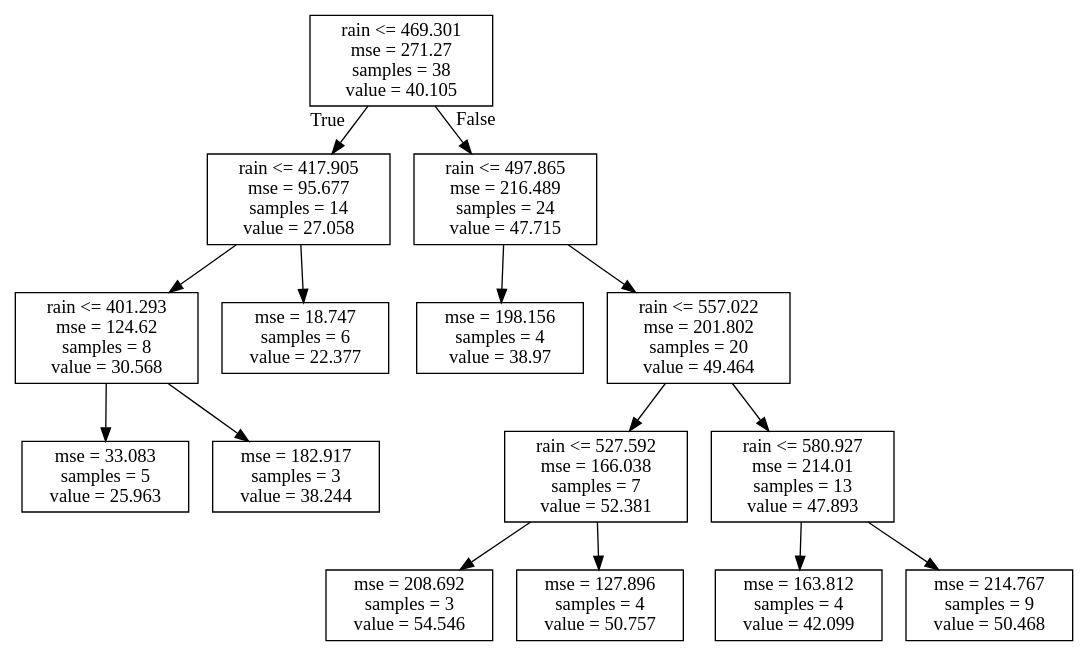
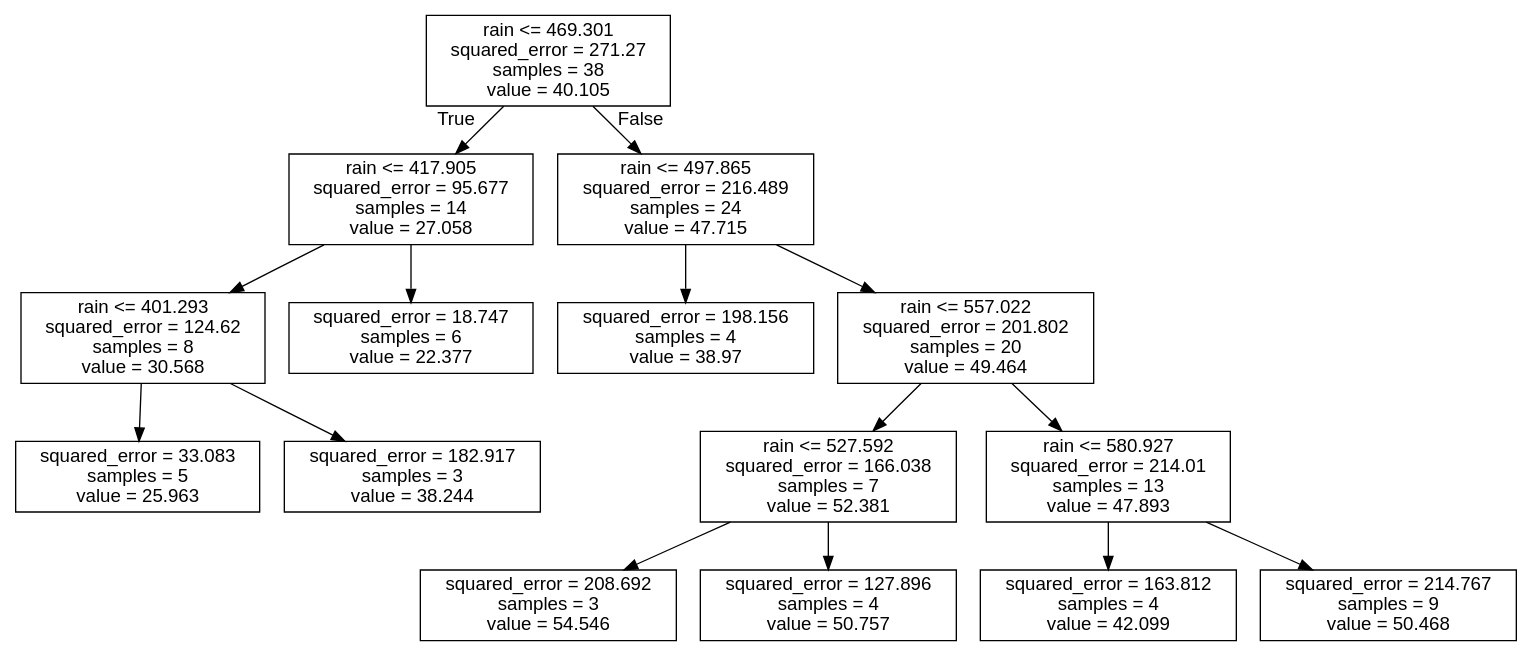
One commit to NIVANorge/seasonal_forecasting_watexr changed the diagram in Norway_Morsa/BayesianNetwork/Figures/Discretization_regTrees/Pairwise/DotFiles/metno_6Mseasons_colour-rain.dot. Above: the diagram before and after it, drawn with Graphviz. The commit also changed 113 other files, not shown here.

```diff
--- a/Norway_Morsa/BayesianNetwork/Figures/Discretization_regTrees/Pairwise/DotFiles/metno_6Mseasons_colour-rain.dot
+++ b/Norway_Morsa/BayesianNetwork/Figures/Discretization_regTrees/Pairwise/DotFiles/metno_6Mseasons_colour-rain.dot
@@ -1,32 +1,33 @@
 digraph Tree {
-node [shape=box] ;
-0 [label="rain <= 469.301\nmse = 271.27\nsamples = 38\nvalue = 40.105"] ;
-1 [label="rain <= 417.905\nmse = 95.677\nsamples = 14\nvalue = 27.058"] ;
+node [shape=box, fontname="helvetica"] ;
+edge [fontname="helvetica"] ;
+0 [label="rain <= 469.301\nsquared_error = 271.27\nsamples = 38\nvalue = 40.105"] ;
+1 [label="rain <= 417.905\nsquared_error = 95.677\nsamples = 14\nvalue = 27.058"] ;
 0 -> 1 [labeldistance=2.5, labelangle=45, headlabel="True"] ;
-5 [label="rain <= 401.293\nmse = 124.62\nsamples = 8\nvalue = 30.568"] ;
+5 [label="rain <= 401.293\nsquared_error = 124.62\nsamples = 8\nvalue = 30.568"] ;
 1 -> 5 ;
-7 [label="mse = 33.083\nsamples = 5\nvalue = 25.963"] ;
+7 [label="squared_error = 33.083\nsamples = 5\nvalue = 25.963"] ;
 5 -> 7 ;
-8 [label="mse = 182.917\nsamples = 3\nvalue = 38.244"] ;
+8 [label="squared_error = 182.917\nsamples = 3\nvalue = 38.244"] ;
 5 -> 8 ;
-6 [label="mse = 18.747\nsamples = 6\nvalue = 22.377"] ;
+6 [label="squared_error = 18.747\nsamples = 6\nvalue = 22.377"] ;
 1 -> 6 ;
-2 [label="rain <= 497.865\nmse = 216.489\nsamples = 24\nvalue = 47.715"] ;
+2 [label="rain <= 497.865\nsquared_error = 216.489\nsamples = 24\nvalue = 47.715"] ;
 0 -> 2 [labeldistance=2.5, labelangle=-45, headlabel="False"] ;
-3 [label="mse = 198.156\nsamples = 4\nvalue = 38.97"] ;
+3 [label="squared_error = 198.156\nsamples = 4\nvalue = 38.97"] ;
 2 -> 3 ;
-4 [label="rain <= 557.022\nmse = 201.802\nsamples = 20\nvalue = 49.464"] ;
+4 [label="rain <= 557.022\nsquared_error = 201.802\nsamples = 20\nvalue = 49.464"] ;
 2 -> 4 ;
-9 [label="rain <= 527.592\nmse = 166.038\nsamples = 7\nvalue = 52.381"] ;
+9 [label="rain <= 527.592\nsquared_error = 166.038\nsamples = 7\nvalue = 52.381"] ;
 4 -> 9 ;
-13 [label="mse = 208.692\nsamples = 3\nvalue = 54.546"] ;
+13 [label="squared_error = 208.692\nsamples = 3\nvalue = 54.546"] ;
 9 -> 13 ;
-14 [label="mse = 127.896\nsamples = 4\nvalue = 50.757"] ;
+14 [label="squared_error = 127.896\nsamples = 4\nvalue = 50.757"] ;
 9 -> 14 ;
-10 [label="rain <= 580.927\nmse = 214.01\nsamples = 13\nvalue = 47.893"] ;
+10 [label="rain <= 580.927\nsquared_error = 214.01\nsamples = 13\nvalue = 47.893"] ;
 4 -> 10 ;
-11 [label="mse = 163.812\nsamples = 4\nvalue = 42.099"] ;
+11 [label="squared_error = 163.812\nsamples = 4\nvalue = 42.099"] ;
 10 -> 11 ;
-12 [label="mse = 214.767\nsamples = 9\nvalue = 50.468"] ;
+12 [label="squared_error = 214.767\nsamples = 9\nvalue = 50.468"] ;
 10 -> 12 ;
 }
```
